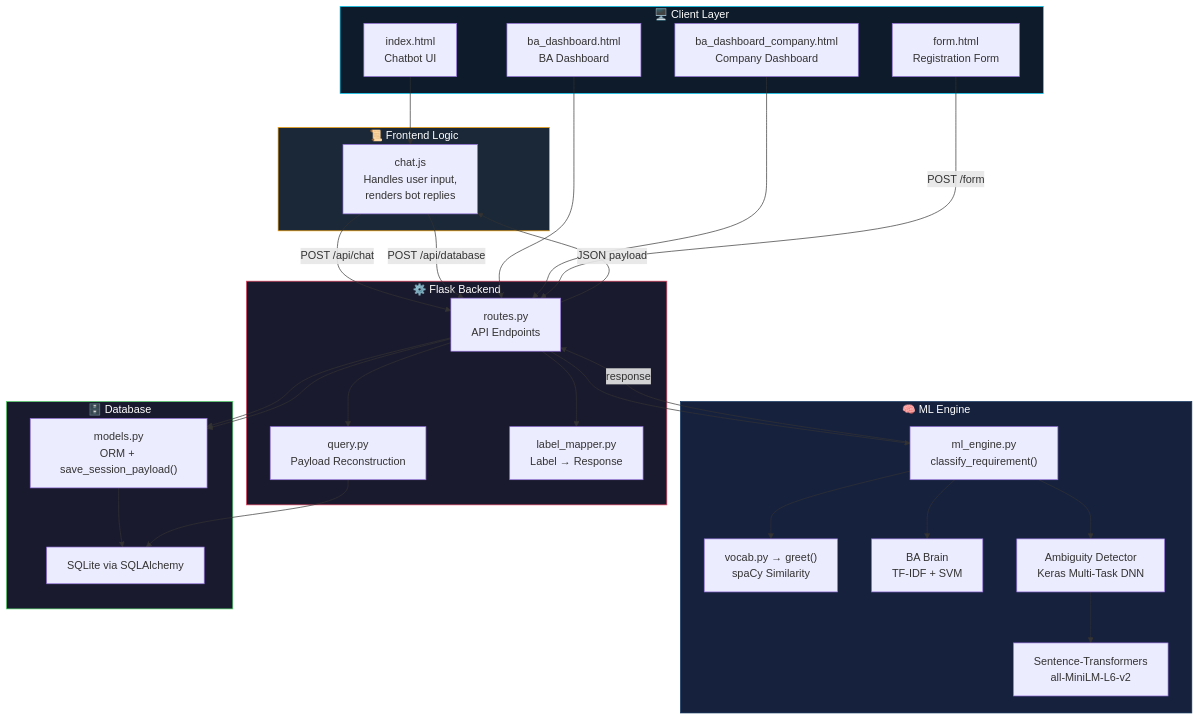
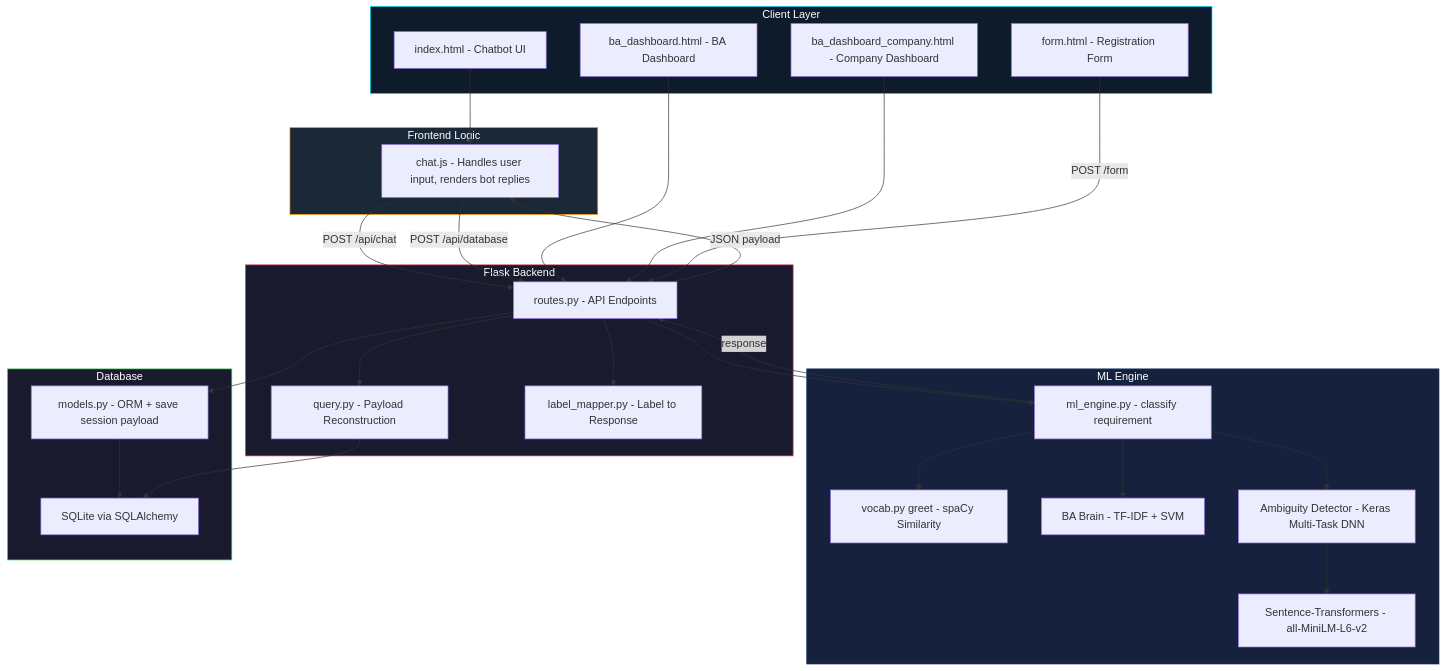
The first of 6 diagrams in README.md (FahadhCodes/project_AIRES), drawn with Mermaid before and after one commit. The commit also changed other lines of this file, not shown here.

````diff
--- a/README.md
+++ b/README.md
@@ -82,58 +82,57 @@
 ```mermaid
 flowchart TB
-    subgraph CLIENT["🖥️ Client Layer"]
-        UI["index.html<br/>Chatbot UI"]
-        DASH["ba_dashboard.html<br/>BA Dashboard"]
-        CDASH["ba_dashboard_company.html<br/>Company Dashboard"]
-        FORM["form.html<br/>Registration Form"]
+    subgraph CLIENT["Client Layer"]
+        UI["index.html - Chatbot UI"]
+        DASH["ba_dashboard.html - BA Dashboard"]
+        CDASH["ba_dashboard_company.html - Company Dashboard"]
+        FORM["form.html - Registration Form"]
     end
 
-    subgraph JS["📜 Frontend Logic"]
-        CHATJS["chat.js<br/>Handles user input,<br/>renders bot replies"]
+    subgraph JS["Frontend Logic"]
+        CHATJS["chat.js - Handles user input, renders bot replies"]
     end
 
-    subgraph FLASK["⚙️ Flask Backend"]
-        ROUTES["routes.py<br/>API Endpoints"]
-        QUERY["query.py<br/>Payload Reconstruction"]
-        MAPPER["label_mapper.py<br/>Label → Response"]
+    subgraph FLASK["Flask Backend"]
+        ROUTES["routes.py - API Endpoints"]
+        QUERY["query.py - Payload Reconstruction"]
+        MAPPER["label_mapper.py - Label to Response"]
     end
 
-    subgraph ML["🧠 ML Engine"]
-        ENGINE["ml_engine.py<br/>classify_requirement()"]
-        GREET["vocab.py → greet()<br/>spaCy Similarity"]
-        BABRAIN["BA Brain<br/>TF-IDF + SVM"]
-        AMBIGUITY["Ambiguity Detector<br/>Keras Multi-Task DNN"]
-        SBERT["Sentence-Transformers<br/>all-MiniLM-L6-v2"]
+    subgraph ML["ML Engine"]
+        ENGINE["ml_engine.py - classify requirement"]
+        GREET["vocab.py greet - spaCy Similarity"]
+        BABRAIN["BA Brain - TF-IDF + SVM"]
+        AMBIGUITY["Ambiguity Detector - Keras Multi-Task DNN"]
+        SBERT["Sentence-Transformers - all-MiniLM-L6-v2"]
     end
 
-    subgraph DB["🗄️ Database"]
+    subgraph DB["Database"]
         SQLITE["SQLite via SQLAlchemy"]
-        MODELS["models.py<br/>ORM + save_session_payload()"]
+        MODELS["models.py - ORM + save session payload"]
     end
 
     UI --> CHATJS
     CHATJS -- "POST /api/chat" --> ROUTES
     ROUTES --> ENGINE
     ENGINE --> GREET
     ENGINE --> BABRAIN
     ENGINE --> AMBIGUITY
     AMBIGUITY --> SBERT
     ENGINE -- "response" --> ROUTES
     ROUTES --> MAPPER
     ROUTES -- "JSON payload" --> CHATJS
     CHATJS -- "POST /api/database" --> ROUTES
     ROUTES --> MODELS
     MODELS --> SQLITE
     DASH --> ROUTES
     CDASH --> ROUTES
     ROUTES --> QUERY
     QUERY --> SQLITE
     FORM -- "POST /form" --> ROUTES
-    ROUTES --> MODELS
 
     style CLIENT fill:#0d1b2a,stroke:#00d4ff,color:#fff
     style JS fill:#1b2838,stroke:#ffa500,color:#fff
     style FLASK fill:#1a1a2e,stroke:#e94560,color:#fff
     style ML fill:#16213e,stroke:#0f3460,color:#fff
     style DB fill:#1a1a2e,stroke:#53d769,color:#fff
 ```
````
